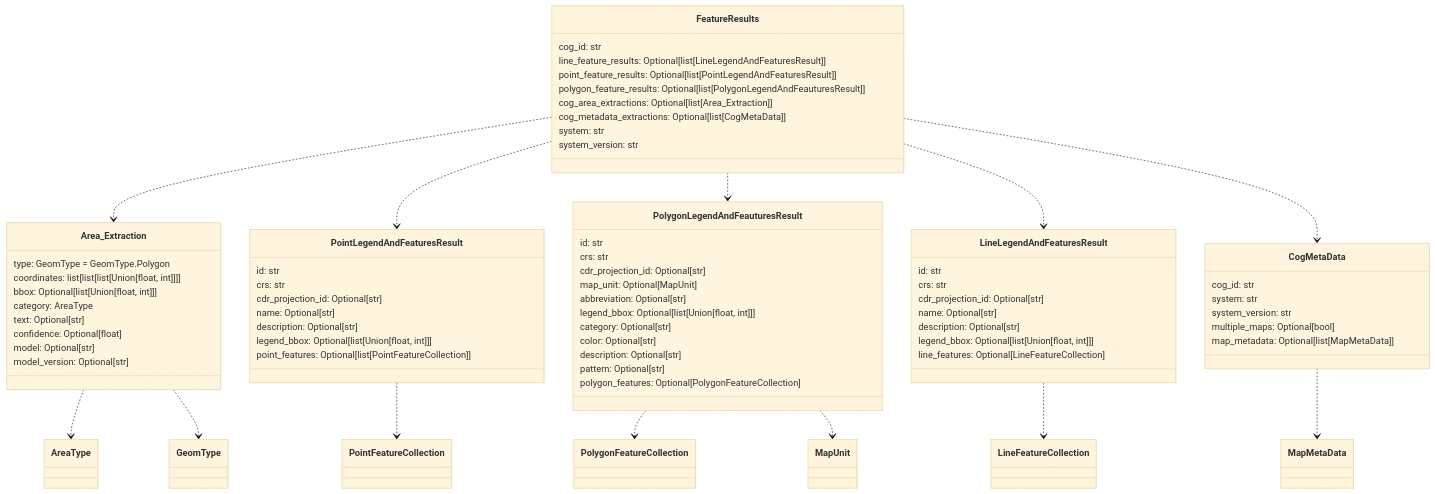
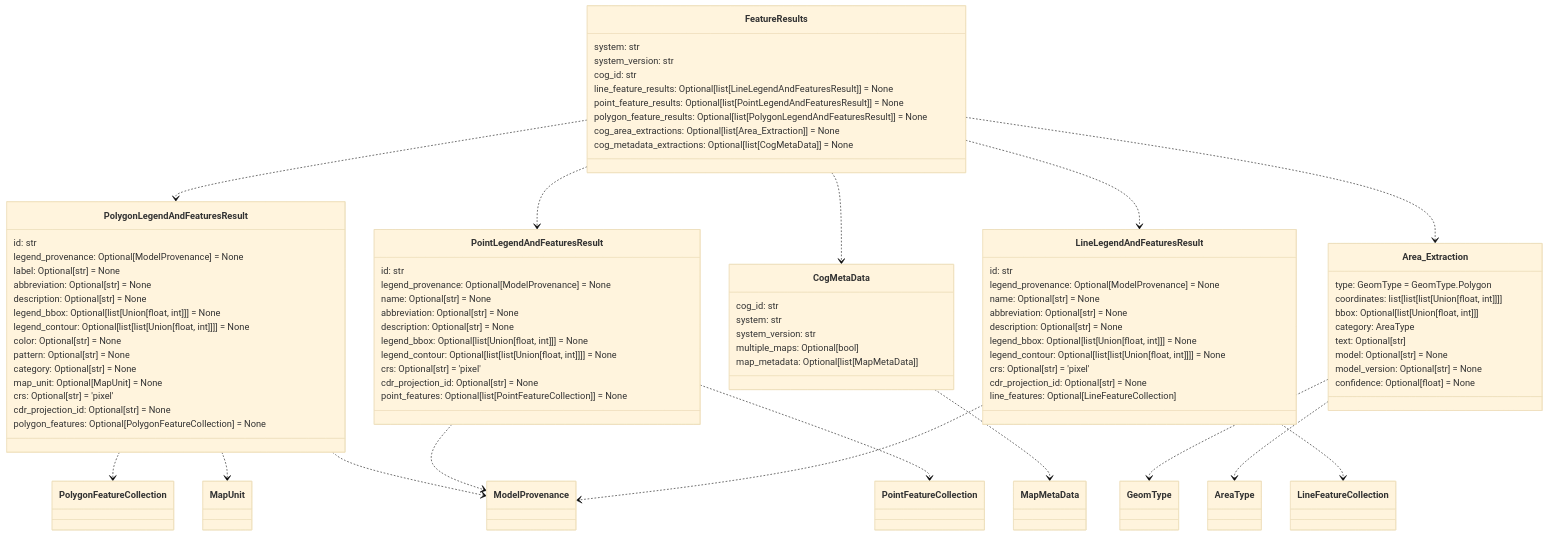
The fourth of 12 diagrams in README.md (DARPA-CRITICALMAAS/cdr_schemas), drawn with Mermaid (base theme) before and after one commit. The commit also changed other lines of this file and 7 other files, not shown here.

````diff
--- a/README.md
+++ b/README.md
@@ -251,60 +251,34 @@
 ```mermaid
 classDiagram
 
-    class Area_Extraction {
-        type: GeomType = GeomType.Polygon
-        coordinates: list[list[list[Union[float, int]]]]
-        bbox: Optional[list[Union[float, int]]]
-        category: AreaType
-        text: Optional[str]
-        confidence: Optional[float]
-        model: Optional[str]
-        model_version: Optional[str]
+    class PolygonLegendAndFeaturesResult {
+        id: str
+        legend_provenance: Optional[ModelProvenance] = None
+        label: Optional[str] = None
+        abbreviation: Optional[str] = None
+        description: Optional[str] = None
+        legend_bbox: Optional[list[Union[float, int]]] = None
+        legend_contour: Optional[list[list[Union[float, int]]]] = None
+        color: Optional[str] = None
+        pattern: Optional[str] = None
+        category: Optional[str] = None
+        map_unit: Optional[MapUnit] = None
+        crs: Optional[str] = 'pixel'
+        cdr_projection_id: Optional[str] = None
+        polygon_features: Optional[PolygonFeatureCollection] = None
     }
 
     class PointLegendAndFeaturesResult {
         id: str
-        crs: str
-        cdr_projection_id: Optional[str]
-        name: Optional[str]
-        description: Optional[str]
-        legend_bbox: Optional[list[Union[float, int]]]
-        point_features: Optional[list[PointFeatureCollection]]
-    }
-
-    class PolygonLegendAndFeauturesResult {
-        id: str
-        crs: str
-        cdr_projection_id: Optional[str]
-        map_unit: Optional[MapUnit]
-        abbreviation: Optional[str]
-        legend_bbox: Optional[list[Union[float, int]]]
-        category: Optional[str]
-        color: Optional[str]
-        description: Optional[str]
-        pattern: Optional[str]
-        polygon_features: Optional[PolygonFeatureCollection]
-    }
-
-    class LineLegendAndFeaturesResult {
-        id: str
-        crs: str
-        cdr_projection_id: Optional[str]
-        name: Optional[str]
-        description: Optional[str]
-        legend_bbox: Optional[list[Union[float, int]]]
-        line_features: Optional[LineFeatureCollection]
-    }
-
-    class FeatureResults {
-        cog_id: str
-        line_feature_results: Optional[list[LineLegendAndFeaturesResult]]
-        point_feature_results: Optional[list[PointLegendAndFeaturesResult]]
-        polygon_feature_results: Optional[list[PolygonLegendAndFeauturesResult]]
-        cog_area_extractions: Optional[list[Area_Extraction]]
-        cog_metadata_extractions: Optional[list[CogMetaData]]
-        system: str
-        system_version: str
+        legend_provenance: Optional[ModelProvenance] = None
+        name: Optional[str] = None
+        abbreviation: Optional[str] = None
+        description: Optional[str] = None
+        legend_bbox: Optional[list[Union[float, int]]] = None
+        legend_contour: Optional[list[list[Union[float, int]]]] = None
+        crs: Optional[str] = 'pixel'
+        cdr_projection_id: Optional[str] = None
+        point_features: Optional[list[PointFeatureCollection]] = None
     }
 
     class CogMetaData {
@@ -315,18 +289,56 @@
         map_metadata: Optional[list[MapMetaData]]
     }
 
+    class FeatureResults {
+        system: str
+        system_version: str
+        cog_id: str
+        line_feature_results: Optional[list[LineLegendAndFeaturesResult]] = None
+        point_feature_results: Optional[list[PointLegendAndFeaturesResult]] = None
+        polygon_feature_results: Optional[list[PolygonLegendAndFeaturesResult]] = None
+        cog_area_extractions: Optional[list[Area_Extraction]] = None
+        cog_metadata_extractions: Optional[list[CogMetaData]] = None
+    }
+
+    class Area_Extraction {
+        type: GeomType = GeomType.Polygon
+        coordinates: list[list[list[Union[float, int]]]]
+        bbox: Optional[list[Union[float, int]]]
+        category: AreaType
+        text: Optional[str]
+        model: Optional[str] = None
+        model_version: Optional[str] = None
+        confidence: Optional[float] = None
+    }
+
+    class LineLegendAndFeaturesResult {
+        id: str
+        legend_provenance: Optional[ModelProvenance] = None
+        name: Optional[str] = None
+        abbreviation: Optional[str] = None
+        description: Optional[str] = None
+        legend_bbox: Optional[list[Union[float, int]]] = None
+        legend_contour: Optional[list[list[Union[float, int]]]] = None
+        crs: Optional[str] = 'pixel'
+        cdr_projection_id: Optional[str] = None
+        line_features: Optional[LineFeatureCollection]
+    }
+
+    Area_Extraction ..> GeomType
     Area_Extraction ..> AreaType
-    Area_Extraction ..> GeomType
+    LineLegendAndFeaturesResult ..> ModelProvenance
     LineLegendAndFeaturesResult ..> LineFeatureCollection
+    PointLegendAndFeaturesResult ..> ModelProvenance
     PointLegendAndFeaturesResult ..> PointFeatureCollection
-    PolygonLegendAndFeauturesResult ..> PolygonFeatureCollection
-    PolygonLegendAndFeauturesResult ..> MapUnit
+    PolygonLegendAndFeaturesResult ..> ModelProvenance
+    PolygonLegendAndFeaturesResult ..> PolygonFeatureCollection
+    PolygonLegendAndFeaturesResult ..> MapUnit
     CogMetaData ..> MapMetaData
+    FeatureResults ..> PolygonLegendAndFeaturesResult
+    FeatureResults ..> PointLegendAndFeaturesResult
+    FeatureResults ..> CogMetaData
     FeatureResults ..> Area_Extraction
-    FeatureResults ..> PointLegendAndFeaturesResult
-    FeatureResults ..> PolygonLegendAndFeauturesResult
     FeatureResults ..> LineLegendAndFeaturesResult
-    FeatureResults ..> CogMetaData
 
 
 ```
````
